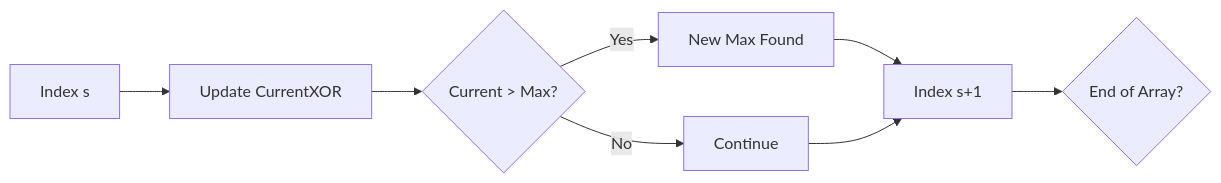
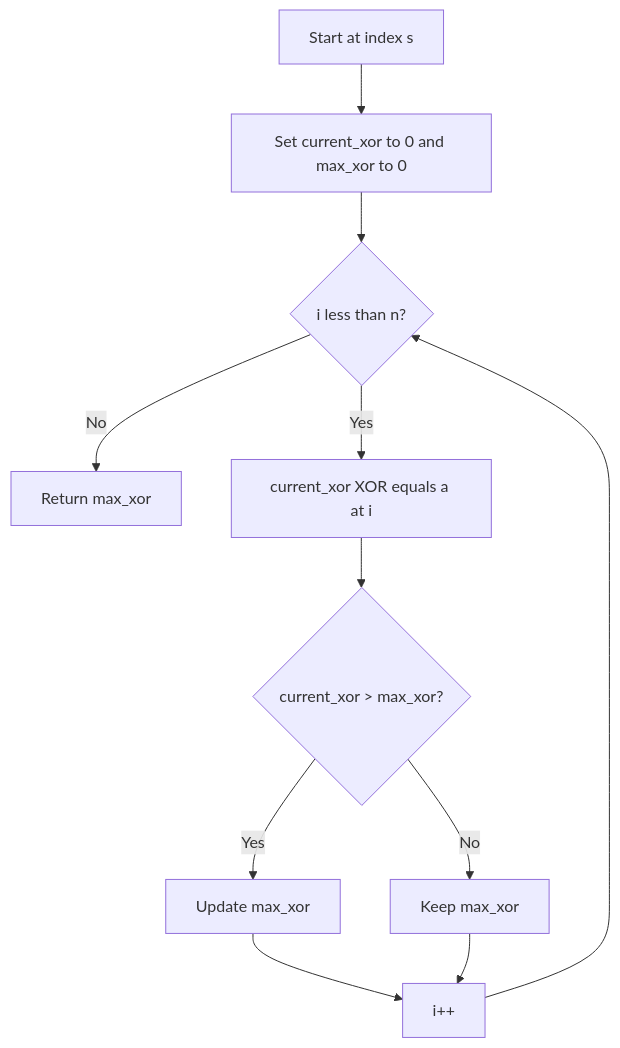
One commit to GundalaNikhil/DSA changed the diagram in dsa-problems/Bitwise/editorials/BIT-005-max-subarray-xor-with-start.md. Above: the diagram before and after it, drawn with Mermaid. The commit also changed other lines of this file and 429 other files, not shown here.

````diff
--- a/dsa-problems/Bitwise/editorials/BIT-005-max-subarray-xor-with-start.md
+++ b/dsa-problems/Bitwise/editorials/BIT-005-max-subarray-xor-with-start.md
@@ -64,10 +66,13 @@
 ```mermaid
-graph LR
-    Start[Index s] --> Accumulate[Update CurrentXOR]
-    Accumulate --> CheckMax{Current > Max?}
-    CheckMax -- Yes --> UpdateMax[New Max Found]
-    CheckMax -- No --> Continue
-    UpdateMax --> Next[Index s+1]
-    Continue --> Next
-    Next --> Loop{End of Array?}
+flowchart TD
+    A[Start at index s] --> B[Set current_xor to 0 and max_xor to 0]
+    B --> C{i less than n?}
+    C -- No --> H[Return max_xor]
+    C -- Yes --> D[current_xor XOR equals a at i]
+    D --> E{current_xor > max_xor?}
+    E -- Yes --> F[Update max_xor]
+    E -- No --> G[Keep max_xor]
+    F --> I[i++]
+    G --> I
+    I --> C
 ```
````
